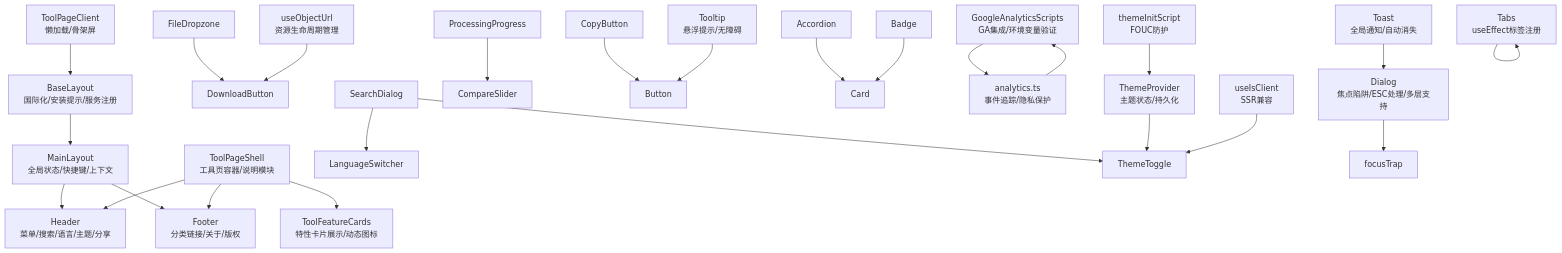
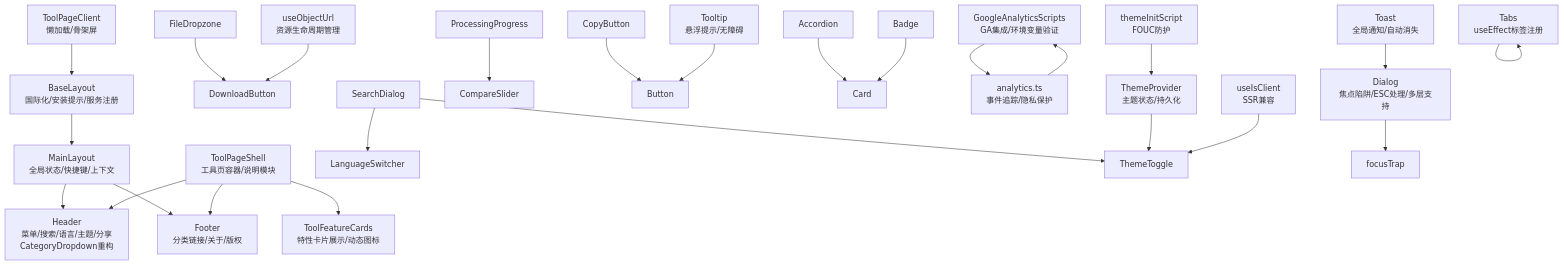
One commit to sgyy/privadeck changed the second of 12 diagrams in .qoder/repowiki/zh/content/UI组件系统/UI组件系统.md. Above: the diagram before and after it, drawn with Mermaid. The commit also changed other lines of this file and 1 other file, not shown here.

First line of the commit message:
refactor(Header): 重构CategoryDropdown组件优化样式和文本显示

````diff
--- a/.qoder/repowiki/zh/content/UI组件系统/UI组件系统.md
+++ b/.qoder/repowiki/zh/content/UI组件系统/UI组件系统.md
@@ -273,27 +274,27 @@
 ```mermaid
 graph TB
-ML["MainLayout<br/>全局状态/快捷键/上下文"] --> HDR["Header<br/>菜单/搜索/语言/主题/分享"]
+ML["MainLayout<br/>全局状态/快捷键/上下文"] --> HDR["Header<br/>菜单/搜索/语言/主题/分享<br/>CategoryDropdown重构"]
 ML --> FTR["Footer<br/>分类链接/关于/版权"]
 BL["BaseLayout<br/>国际化/安装提示/服务注册"] --> ML
 TPS["ToolPageShell<br/>工具页容器/说明模块"] --> HDR
 TPS --> FTR
 TPS --> TFC["ToolFeatureCards<br/>特性卡片展示/动态图标"]
 TPC["ToolPageClient<br/>懒加载/骨架屏"] --> BL
 FDZ["FileDropzone"] --> DNB["DownloadButton"]
 SDI["SearchDialog"] --> LSW["LanguageSwitcher"]
 SDI --> TMT["ThemeToggle"]
 PPG["ProcessingProgress"] --> CMP["CompareSlider"]
 CPB["CopyButton"] --> BTN["Button"]
 ACC["Accordion"] --> CAR["Card"]
 BAD["Badge"] --> CAR
 TAB["Tabs<br/>useEffect标签注册"] --> TAB
 GAS["GoogleAnalyticsScripts<br/>GA集成/环境变量验证"] --> ANL["analytics.ts<br/>事件追踪/隐私保护"]
 TPR["ThemeProvider<br/>主题状态/持久化"] --> TMT
 TIS["themeInitScript<br/>FOUC防护"] --> TPR
 UIC["useIsClient<br/>SSR兼容"] --> TMT
 UOU["useObjectUrl<br/>资源生命周期管理"] --> DNB
 DLG["Dialog<br/>焦点陷阱/ESC处理/多层支持"] --> FT["focusTrap"]
 TST["Toast<br/>全局通知/自动消失"] --> DLG
 TTP["Tooltip<br/>悬浮提示/无障碍"] --> BTN
 ANL["analytics.ts<br/>事件追踪/隐私保护"] --> GAS
 ```
````
